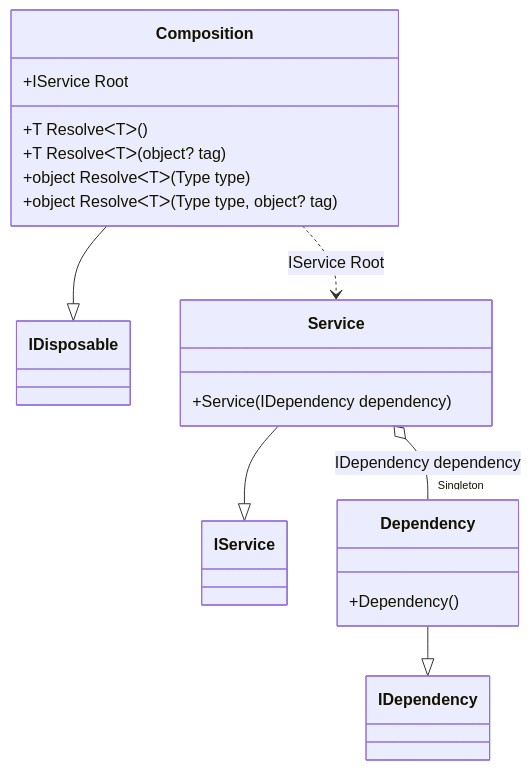
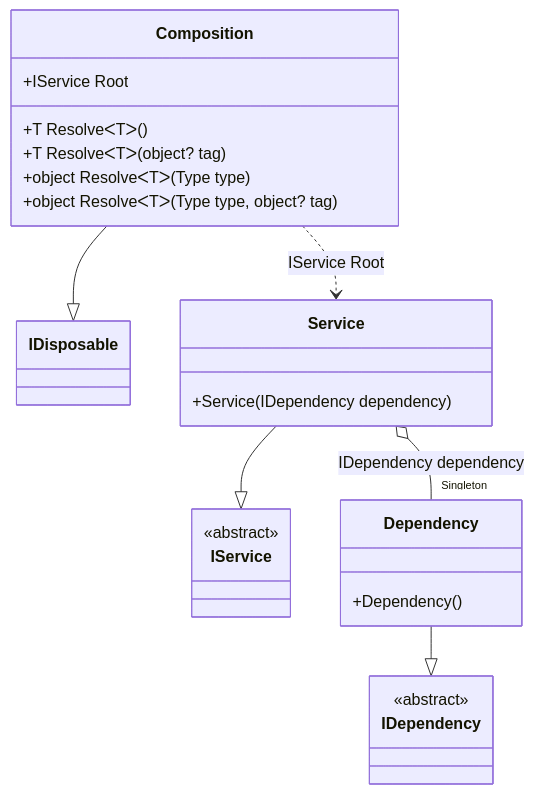
The ninth of 35 diagrams in readme/Examples.md (DevTeam/Pure.DI), drawn with Mermaid before and after one commit. The commit also changed other lines of this file and 3 other files, not shown here.

````diff
--- a/readme/Examples.md
+++ b/readme/Examples.md
@@ -638,21 +683,27 @@
 ```mermaid
 classDiagram
-class Composition {
-+IService Root
-+T ResolveᐸTᐳ()
-+T ResolveᐸTᐳ(object? tag)
-+object ResolveᐸTᐳ(Type type)
-+object ResolveᐸTᐳ(Type type, object? tag)
-}
-Composition --|> IDisposable
-Service --|> IService : 
-class Service {
-+Service(IDependency dependency)
-}
-Dependency --|> IDependency : 
-class Dependency {
-+Dependency()
-}
-Service o--  "Singleton" Dependency : IDependency dependency
-Composition ..> Service : IService Root
+  class Composition {
+    +IService Root
+    +T ResolveᐸTᐳ()
+    +T ResolveᐸTᐳ(object? tag)
+    +object ResolveᐸTᐳ(Type type)
+    +object ResolveᐸTᐳ(Type type, object? tag)
+  }
+  Composition --|> IDisposable
+  Service --|> IService : 
+  class Service {
+    +Service(IDependency dependency)
+  }
+  Dependency --|> IDependency : 
+  class Dependency {
+    +Dependency()
+  }
+  class IService {
+    <<abstract>>
+  }
+  class IDependency {
+    <<abstract>>
+  }
+  Service o--  "Singleton" Dependency : IDependency dependency
+  Composition ..> Service : IService Root
 ```
````
